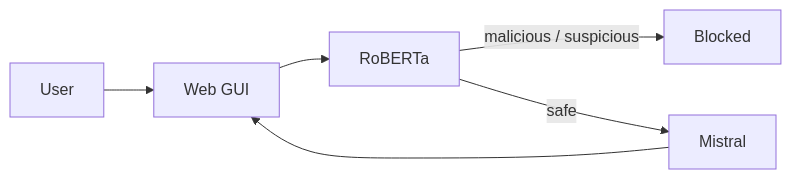
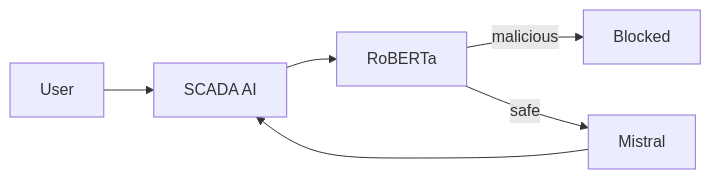
One commit to jeffersonmejia/middelware-roberta-mistral changed the diagram in README.md. Above: the diagram before and after it, drawn with Mermaid. The commit also changed other lines of this file, not shown here.

````diff
--- a/README.md
+++ b/README.md
@@ -16,8 +16,8 @@
 ```mermaid
 flowchart LR
-  U[User] --> W[Web GUI]
-  W --> R[RoBERTa]
-  R -->|malicious / suspicious| X[Blocked]
+  U[User] --> S[SCADA AI]
+  S --> R[RoBERTa]
+  R -->|malicious| X[Blocked]
   R -->|safe| M[Mistral]
-  M --> W
+  M --> S
 ```
````
